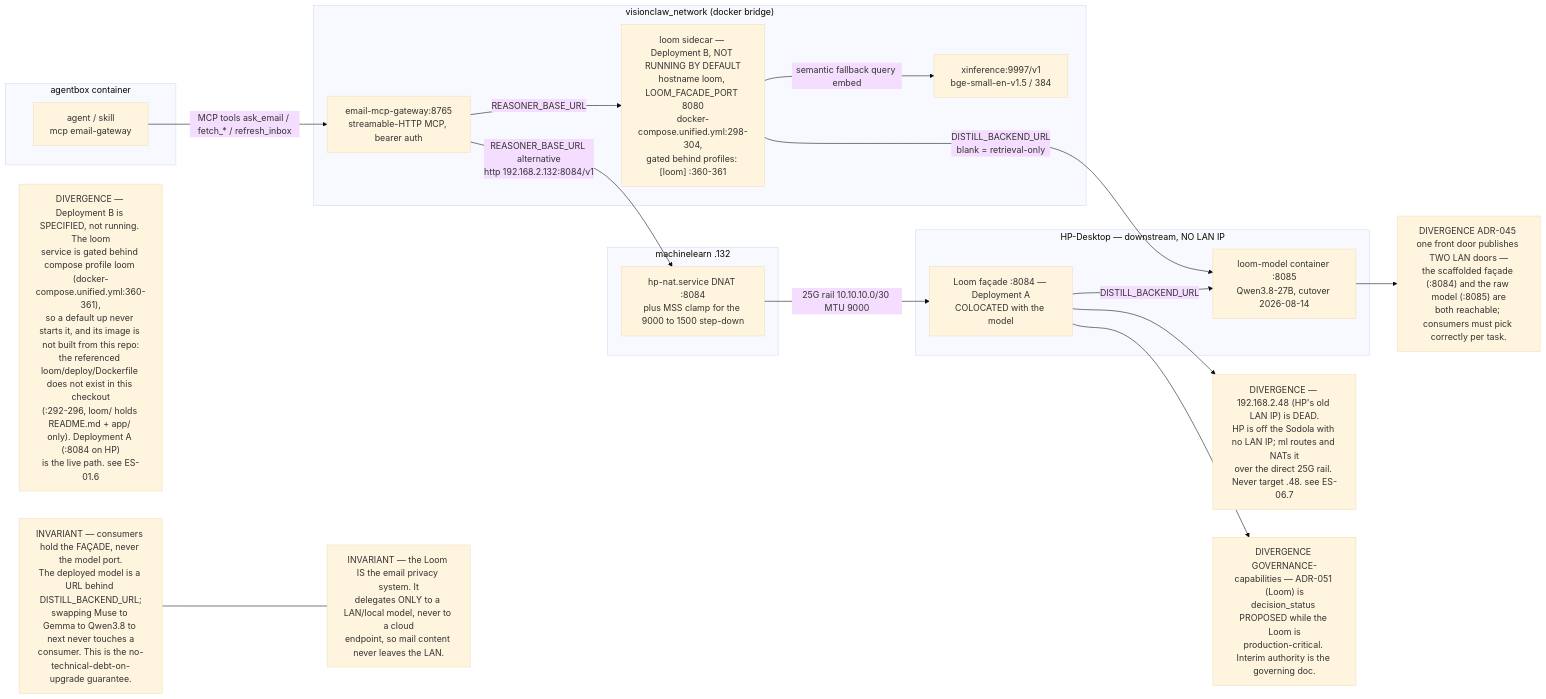
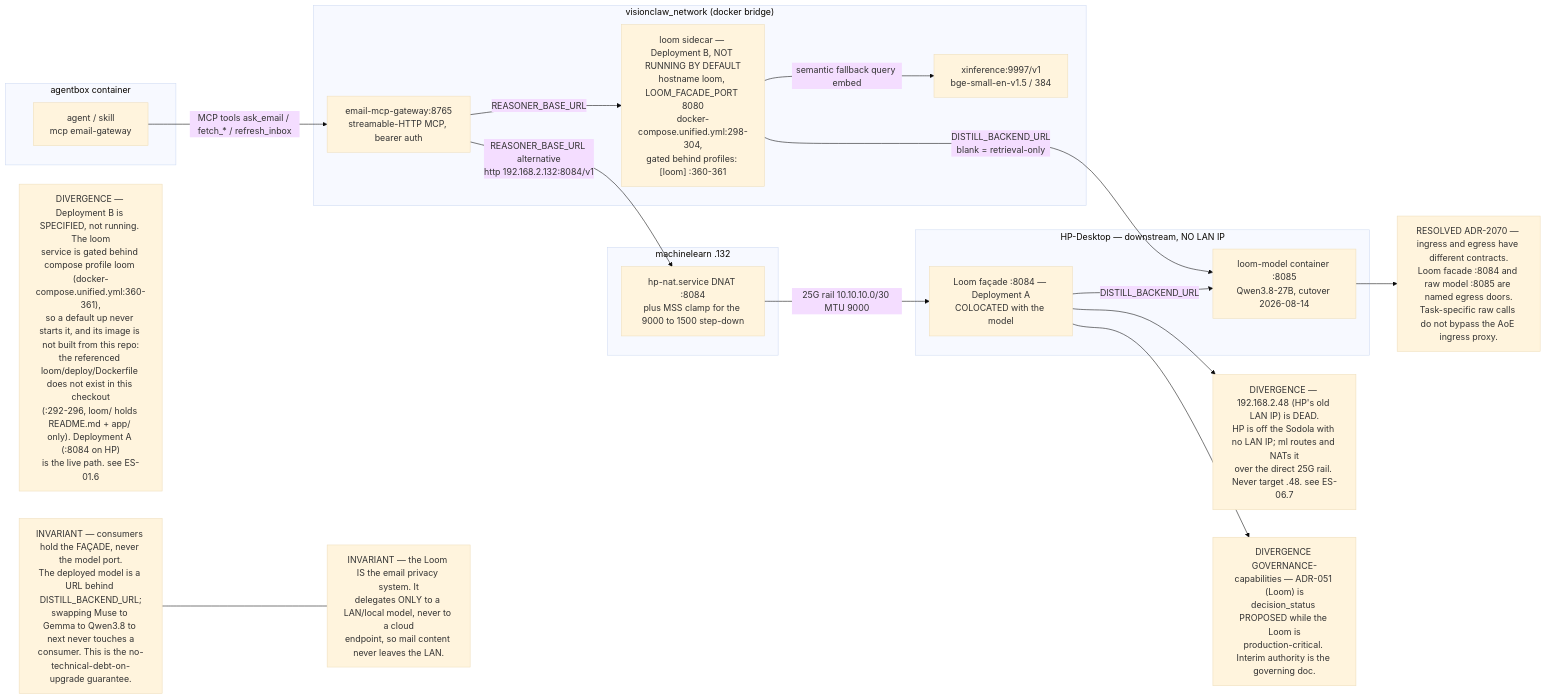
Before and after one commit to DreamLab-AI/VisionFlow: the first of 10 diagrams in docs/diagrams/estate/06-loom-and-email-privacy-path.md, drawn with Mermaid (base theme). The commit also changed other lines of this file and 185 other files, not shown here.

Commit message:
docs(estate): reconcile diagrams and ADRs with source and define closeout sprint

````diff
--- a/docs/diagrams/estate/06-loom-and-email-privacy-path.md
+++ b/docs/diagrams/estate/06-loom-and-email-privacy-path.md
@@ -22,38 +22,38 @@
 ```mermaid
 flowchart LR
     subgraph box["agentbox container"]
         AG["agent / skill<br/>mcp email-gateway"]
     end
     subgraph vcnet["visionclaw_network (docker bridge)"]
         GW["email-mcp-gateway:8765<br/>streamable-HTTP MCP, bearer auth"]
         LOOMB["loom sidecar — Deployment B, NOT RUNNING BY DEFAULT<br/>hostname loom, LOOM_FACADE_PORT 8080<br/>docker-compose.unified.yml:298-304,<br/>gated behind profiles: [loom] :360-361"]
         XI["xinference:9997/v1<br/>bge-small-en-v1.5 / 384"]
     end
     subgraph ml["machinelearn .132"]
         DNAT["hp-nat.service DNAT :8084<br/>plus MSS clamp for the 9000 to 1500 step-down"]
     end
     subgraph hp["HP-Desktop — downstream, NO LAN IP"]
         LOOMA["Loom façade :8084 — Deployment A<br/>COLOCATED with the model"]
         MODEL["loom-model container :8085<br/>Qwen3.8-27B, cutover 2026-08-14"]
     end
 
     AG -- "MCP tools ask_email / fetch_* / refresh_inbox" --> GW
     GW -- "REASONER_BASE_URL" --> LOOMB
     GW -- "REASONER_BASE_URL alternative<br/>http 192.168.2.132:8084/v1" --> DNAT
     DNAT -- "25G rail 10.10.10.0/30 MTU 9000" --> LOOMA
     LOOMA -- "DISTILL_BACKEND_URL" --> MODEL
     LOOMB -- "DISTILL_BACKEND_URL<br/>blank = retrieval-only" --> MODEL
     LOOMB -- "semantic fallback query embed" --> XI
 
     INV1["INVARIANT — consumers hold the FAÇADE, never the model port.<br/>The deployed model is a URL behind DISTILL_BACKEND_URL;<br/>swapping Muse to Gemma to Qwen3.8 to next never touches a<br/>consumer. This is the no-technical-debt-on-upgrade guarantee."]
     INV2["INVARIANT — the Loom IS the email privacy system. It<br/>delegates ONLY to a LAN/local model, never to a cloud<br/>endpoint, so mail content never leaves the LAN."]
     DIV0["DIVERGENCE — Deployment B is SPECIFIED, not running. The loom<br/>service is gated behind compose profile loom (docker-compose.unified.yml:360-361),<br/>so a default up never starts it, and its image is not built from this repo:<br/>the referenced loom/deploy/Dockerfile does not exist in this checkout<br/>(:292-296, loom/ holds README.md + app/ only). Deployment A (:8084 on HP)<br/>is the live path. see ES-01.6"]
     DIV1["DIVERGENCE — 192.168.2.48 (HP's old LAN IP) is DEAD.<br/>HP is off the Sodola with no LAN IP; ml routes and NATs it<br/>over the direct 25G rail. Never target .48. see ES-06.7"]
     DIV2["DIVERGENCE GOVERNANCE-capabilities — ADR-051 (Loom) is<br/>decision_status PROPOSED while the Loom is<br/>production-critical. Interim authority is the governing doc."]
-    DIV3["DIVERGENCE ADR-045 one front door publishes TWO LAN doors —<br/>the scaffolded façade (:8084) and the raw model (:8085) are<br/>both reachable; consumers must pick correctly per task."]
+    DIV3["RESOLVED ADR-2070 — ingress and egress have different contracts.<br/>Loom facade :8084 and raw model :8085 are named egress doors.<br/>Task-specific raw calls do not bypass the AoE ingress proxy."]
 
     INV1 --- INV2
     LOOMA --> DIV1
     LOOMA --> DIV2
     MODEL --> DIV3
 ```
````
